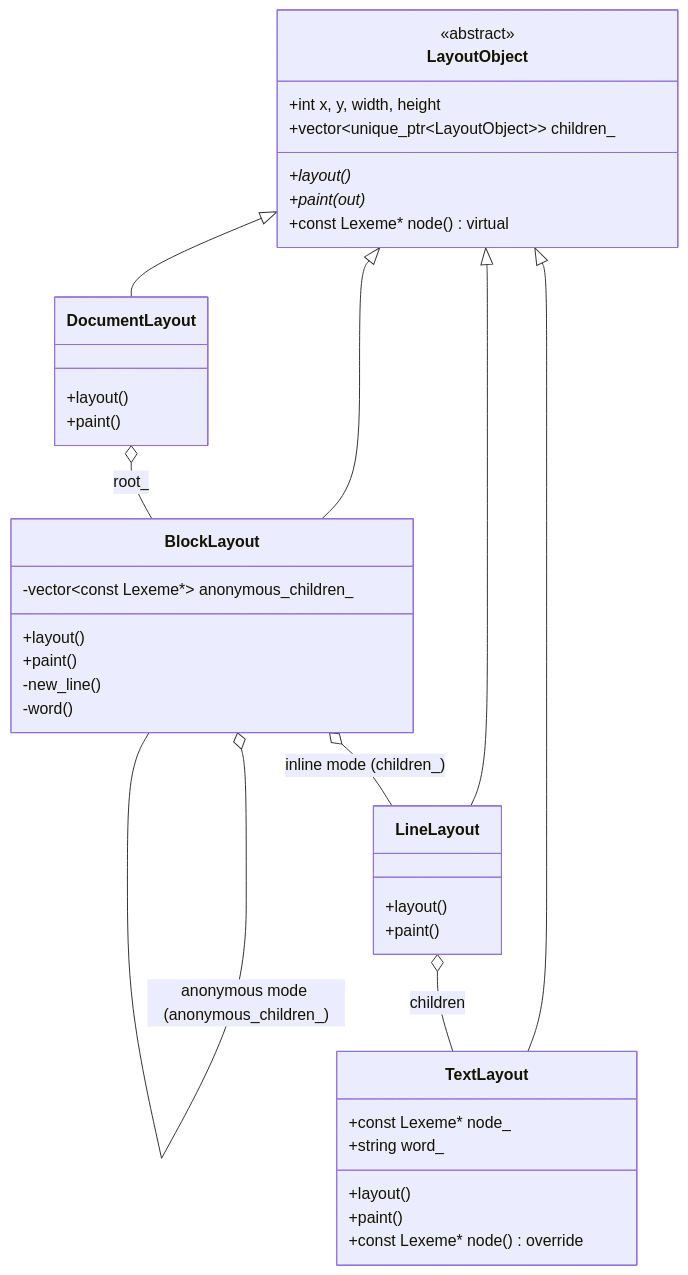
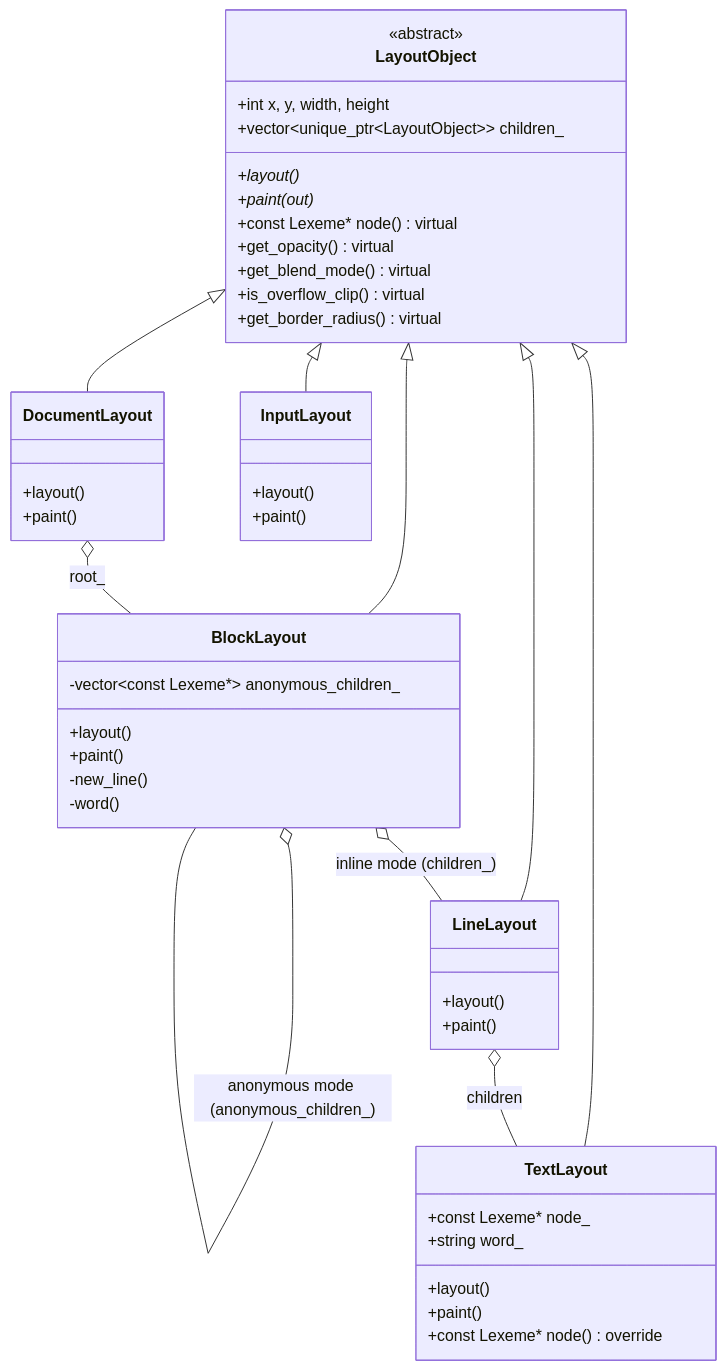
Before and after one commit to mohamedhany01/csurfer: the diagram in arch/layout-tree.md, drawn with Mermaid. The commit also changed 48 other files, not shown here.

````diff
--- a/arch/layout-tree.md
+++ b/arch/layout-tree.md
@@ -5,48 +5,58 @@
 ```mermaid
 classDiagram
     class LayoutObject {
         <<abstract>>
         +int x, y, width, height
         +vector~unique_ptr~LayoutObject~~ children_
         +layout()*
         +paint(out)*
         +const Lexeme* node() virtual
+        +get_opacity() virtual
+        +get_blend_mode() virtual
+        +is_overflow_clip() virtual
+        +get_border_radius() virtual
     }
 
     class DocumentLayout {
         +layout()
         +paint()
     }
 
     class BlockLayout {
         +layout()
         +paint()
         -vector~const Lexeme*~ anonymous_children_
         -new_line()
         -word()
     }
 
     class LineLayout {
         +layout()
         +paint()
     }
 
     class TextLayout {
         +const Lexeme* node_
         +string word_
         +layout()
         +paint()
         +const Lexeme* node() override
     }
 
+    class InputLayout {
+        +layout()
+        +paint()
+    }
+
     LayoutObject <|-- DocumentLayout
     LayoutObject <|-- BlockLayout
     LayoutObject <|-- LineLayout
     LayoutObject <|-- TextLayout
+    LayoutObject <|-- InputLayout
 
     DocumentLayout o-- BlockLayout : root_
     BlockLayout o-- BlockLayout : block mode (children_)
     BlockLayout o-- BlockLayout : anonymous mode (anonymous_children_)
     BlockLayout o-- LineLayout : inline mode (children_)
     LineLayout o-- TextLayout : children
 ```
````
